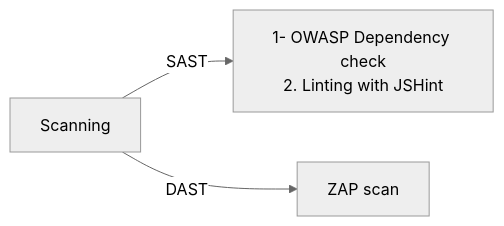
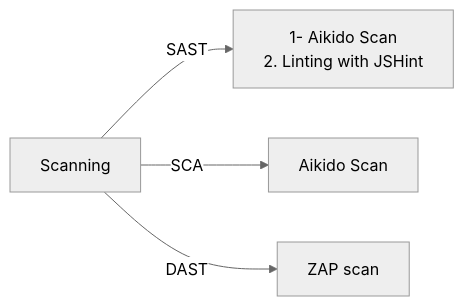
One commit to feats-mtech/frontend changed the second of 2 diagrams in README.md. Above: the diagram before and after it, drawn with Mermaid (neutral theme). The commit also changed other lines of this file, not shown here.

Commit message:
chore: update readme with latest pipeline diagram

````diff
--- a/README.md
+++ b/README.md
@@ -88,7 +86,8 @@
 ```mermaid
 flowchart LR
     A[Scanning]
-    A -->|SAST| B[1- OWASP Dependency check
+    A -->|SAST| B[1- Aikido Scan
 2. Linting with JSHint]
-    A -->|DAST| C[ZAP scan]
+    A -->|SCA| C[Aikido Scan]
+    A -->|DAST| D[ZAP scan]
 ```
````
